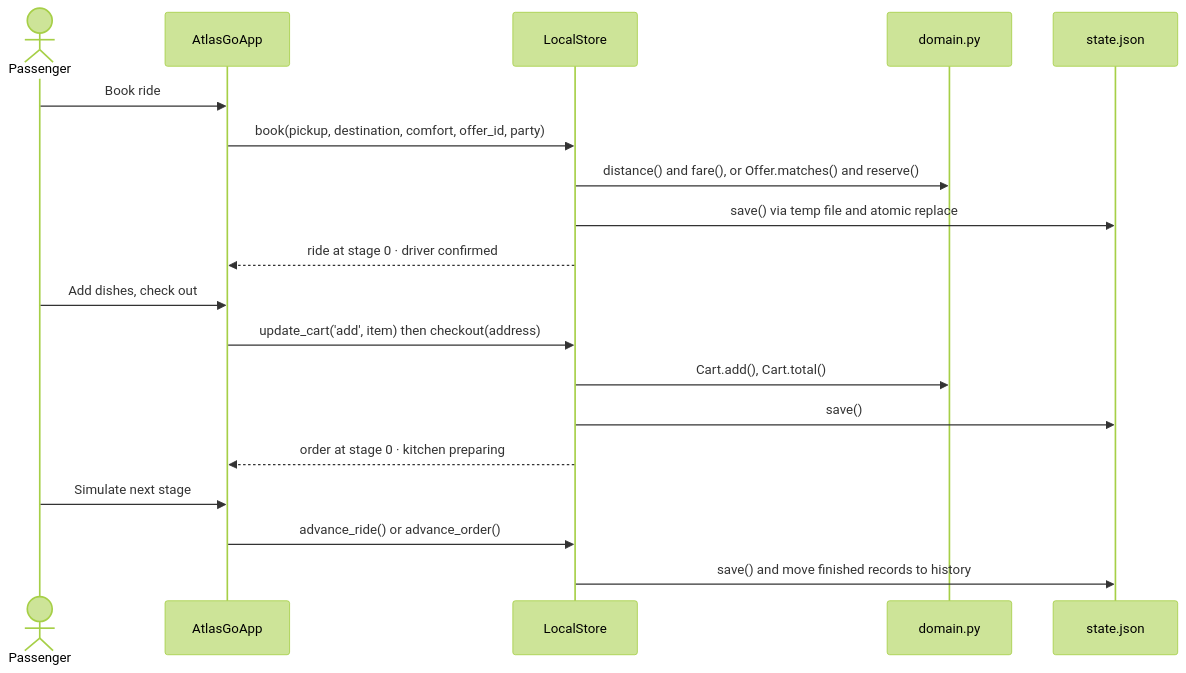
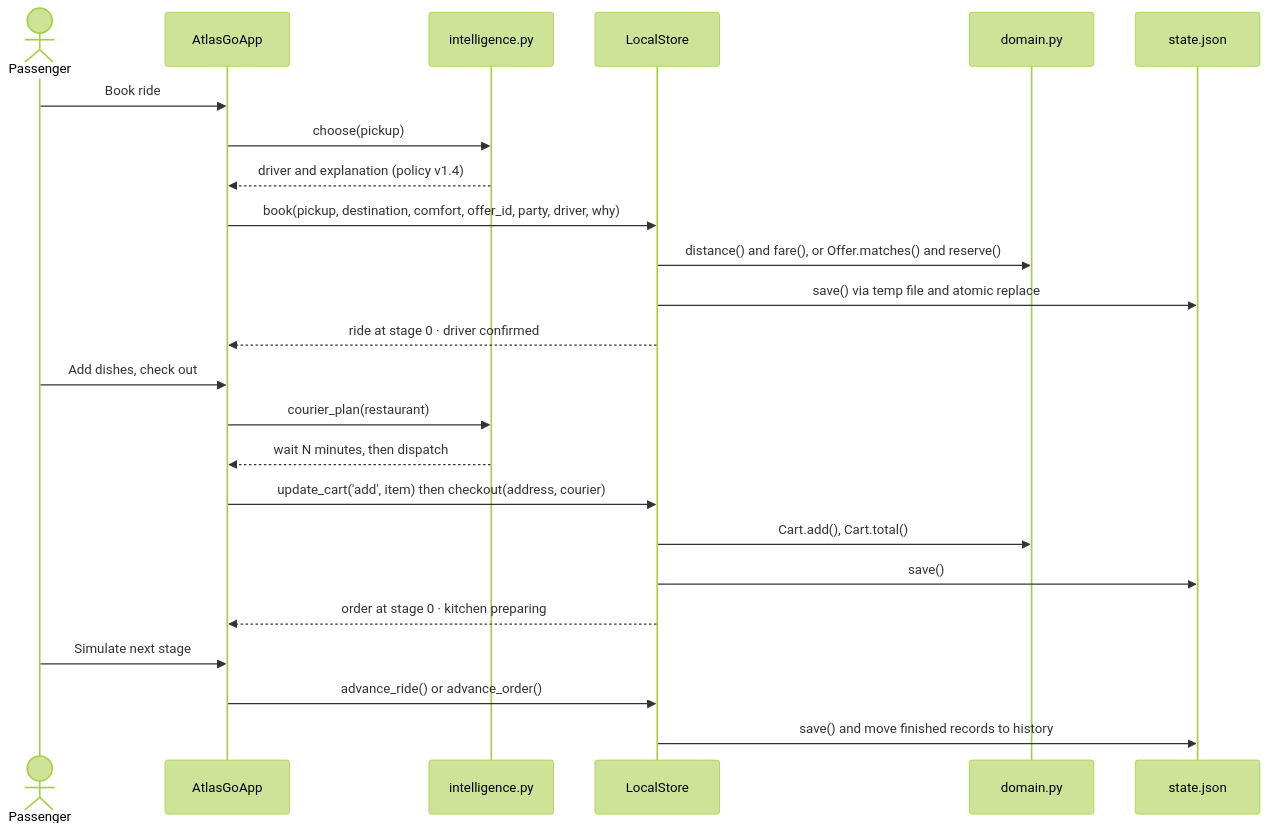
Before and after one commit to FUllSCIPTS/ATLAS: the seventh of 21 diagrams in architecture-explorer/starter/docs/UML_BLUEPRINT.md, drawn with Mermaid (forest theme). The commit also changed other lines of this file, not shown here.

Commit message:
UML blueprint: update the Android app to ATLAS Go 1.1.0 (on-device intelligence)

````diff
--- a/architecture-explorer/starter/docs/UML_BLUEPRINT.md
+++ b/architecture-explorer/starter/docs/UML_BLUEPRINT.md
@@ -403,21 +506,26 @@
 ```mermaid
 sequenceDiagram
     actor Passenger
     participant UI as AtlasGoApp
+    participant AI as intelligence.py
     participant Store as LocalStore
     participant Domain as domain.py
     participant File as state.json
     Passenger->>UI: Book ride
-    UI->>Store: book(pickup, destination, comfort, offer_id, party)
+    UI->>AI: choose(pickup)
+    AI-->>UI: driver and explanation (policy v1.4)
+    UI->>Store: book(pickup, destination, comfort, offer_id, party, driver, why)
     Store->>Domain: distance() and fare(), or Offer.matches() and reserve()
     Store->>File: save() via temp file and atomic replace
     Store-->>UI: ride at stage 0 · driver confirmed
     Passenger->>UI: Add dishes, check out
-    UI->>Store: update_cart('add', item) then checkout(address)
+    UI->>AI: courier_plan(restaurant)
+    AI-->>UI: wait N minutes, then dispatch
+    UI->>Store: update_cart('add', item) then checkout(address, courier)
     Store->>Domain: Cart.add(), Cart.total()
     Store->>File: save()
     Store-->>UI: order at stage 0 · kitchen preparing
     Passenger->>UI: Simulate next stage
     UI->>Store: advance_ride() or advance_order()
     Store->>File: save() and move finished records to history
 ```
````
